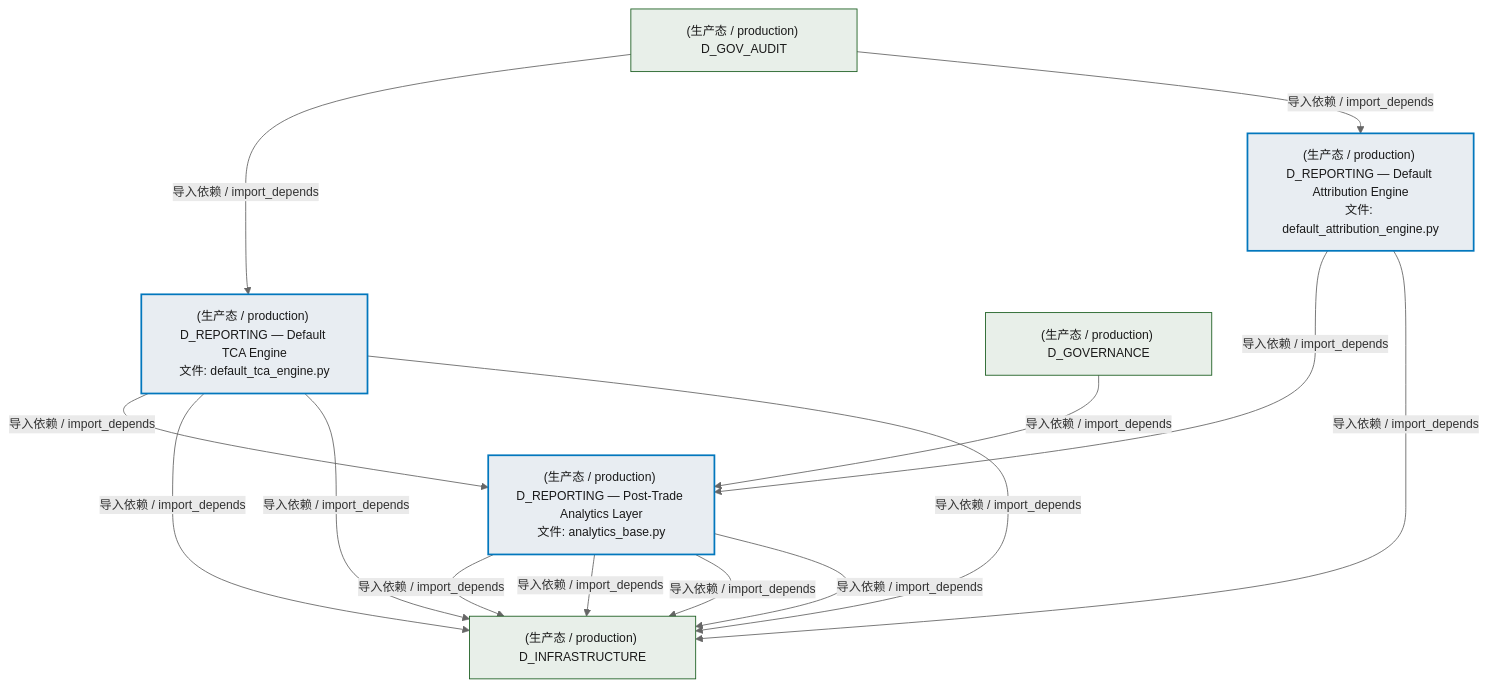
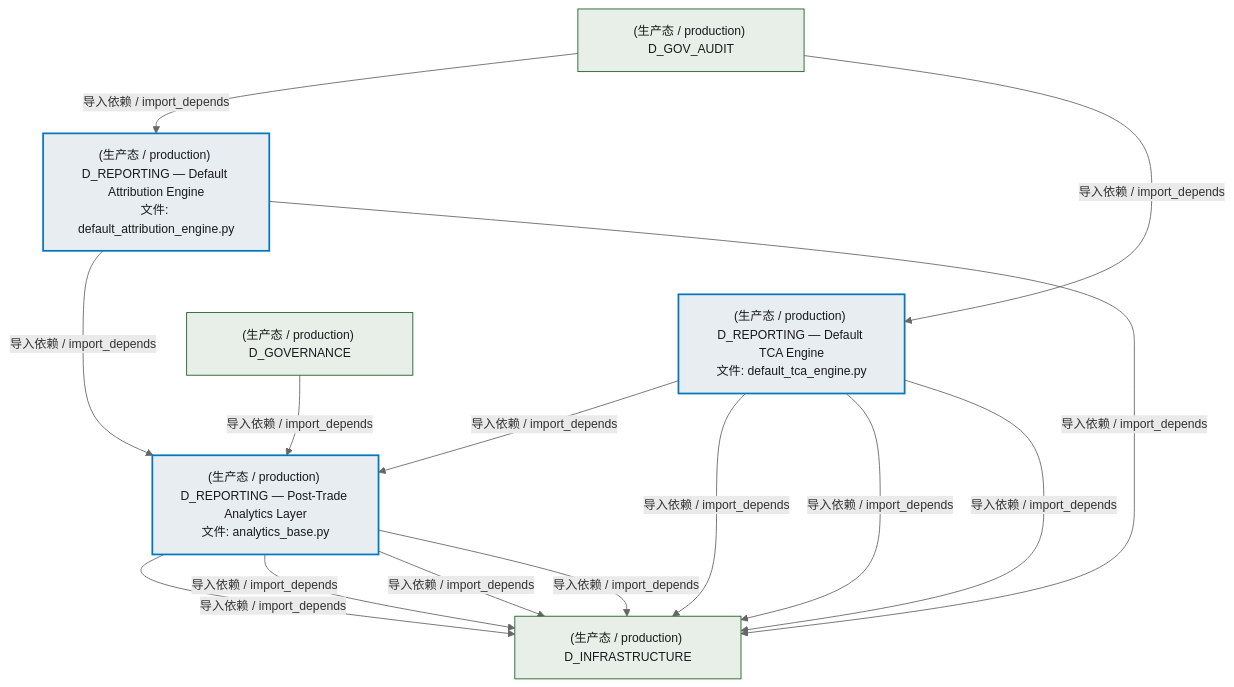
One commit to xuanFelixVan/ZephyrAlpha changed the second of 3 diagrams in docs/02_enterprise_architecture/02_domain_architecture_docs/26_d_reporting.md. Above: the diagram before and after it, drawn with Mermaid. The commit also changed other lines of this file and 36 other files, not shown here.

````diff
--- a/docs/02_enterprise_architecture/02_domain_architecture_docs/26_d_reporting.md
+++ b/docs/02_enterprise_architecture/02_domain_architecture_docs/26_d_reporting.md
@@ -98,30 +98,30 @@
 ```mermaid
 %%{init: {'theme': 'base', 'themeVariables': {'primaryColor': '#eaeaea', 'primaryTextColor': '#333333', 'primaryBorderColor': '#666666', 'lineColor': '#666666', 'secondaryColor': '#eaeaea', 'tertiaryColor': '#eaeaea', 'fontSize': '14px'}}}%%
 flowchart TD
     src_zephyr_reporting_default_attribution_engine_py["(生产态 / production) D_REPORTING — Default Attribution Engine<br/>文件: default_attribution_engine.py"]
     src_zephyr_reporting_default_tca_engine_py["(生产态 / production) D_REPORTING — Default TCA Engine<br/>文件: default_tca_engine.py"]
     src_zephyr_reporting_default_attribution_engine_py ~~~ src_zephyr_reporting_default_tca_engine_py
     src_zephyr_reporting_analytics_base_py["(生产态 / production) D_REPORTING — Post-Trade Analytics Layer<br/>文件: analytics_base.py"]
+    src_zephyr_reporting_default_attribution_engine_py -->|导入依赖 / import_depends| src_zephyr_reporting_analytics_base_py
     src_zephyr_reporting_default_tca_engine_py -->|导入依赖 / import_depends| src_zephyr_reporting_analytics_base_py
-    src_zephyr_reporting_default_attribution_engine_py -->|导入依赖 / import_depends| src_zephyr_reporting_analytics_base_py
     D_INFRASTRUCTURE["(生产态 / production) D_INFRASTRUCTURE"]
     src_zephyr_reporting_default_tca_engine_py -->|导入依赖 / import_depends| D_INFRASTRUCTURE
     src_zephyr_reporting_analytics_base_py -->|导入依赖 / import_depends| D_INFRASTRUCTURE
     src_zephyr_reporting_default_tca_engine_py -->|导入依赖 / import_depends| D_INFRASTRUCTURE
     src_zephyr_reporting_analytics_base_py -->|导入依赖 / import_depends| D_INFRASTRUCTURE
     src_zephyr_reporting_analytics_base_py -->|导入依赖 / import_depends| D_INFRASTRUCTURE
     src_zephyr_reporting_analytics_base_py -->|导入依赖 / import_depends| D_INFRASTRUCTURE
     src_zephyr_reporting_default_attribution_engine_py -->|导入依赖 / import_depends| D_INFRASTRUCTURE
     src_zephyr_reporting_default_tca_engine_py -->|导入依赖 / import_depends| D_INFRASTRUCTURE
-    D_GOV_AUDIT["(生产态 / production) D_GOV_AUDIT"]
-    D_GOV_AUDIT -->|导入依赖 / import_depends| src_zephyr_reporting_default_tca_engine_py
-    D_GOV_AUDIT -->|导入依赖 / import_depends| src_zephyr_reporting_default_attribution_engine_py
     D_GOVERNANCE["(生产态 / production) D_GOVERNANCE"]
     D_GOVERNANCE -->|导入依赖 / import_depends| src_zephyr_reporting_analytics_base_py
+    D_GOV_AUDIT["(生产态 / production) D_GOV_AUDIT"]
+    D_GOV_AUDIT -->|导入依赖 / import_depends| src_zephyr_reporting_default_attribution_engine_py
+    D_GOV_AUDIT -->|导入依赖 / import_depends| src_zephyr_reporting_default_tca_engine_py
     classDef production fill:#e8edf2,stroke:#0277bd,stroke-width:2px,color:#1a1a1a
     classDef design fill:#f0ebe3,stroke:#bf360c,stroke-width:2px,color:#1a1a1a,stroke-dasharray: 5 5
     classDef external_prod fill:#e8efe9,stroke:#1b5e20,stroke-width:1px,color:#1a1a1a
     classDef external_design fill:#efe5ea,stroke:#880e4f,stroke-width:1px,color:#1a1a1a,stroke-dasharray: 5 5
     class src_zephyr_reporting_analytics_base_py,src_zephyr_reporting_default_attribution_engine_py,src_zephyr_reporting_default_tca_engine_py production
-    class D_INFRASTRUCTURE,D_GOV_AUDIT,D_GOVERNANCE external_prod
+    class D_INFRASTRUCTURE,D_GOVERNANCE,D_GOV_AUDIT external_prod
 ```
````
